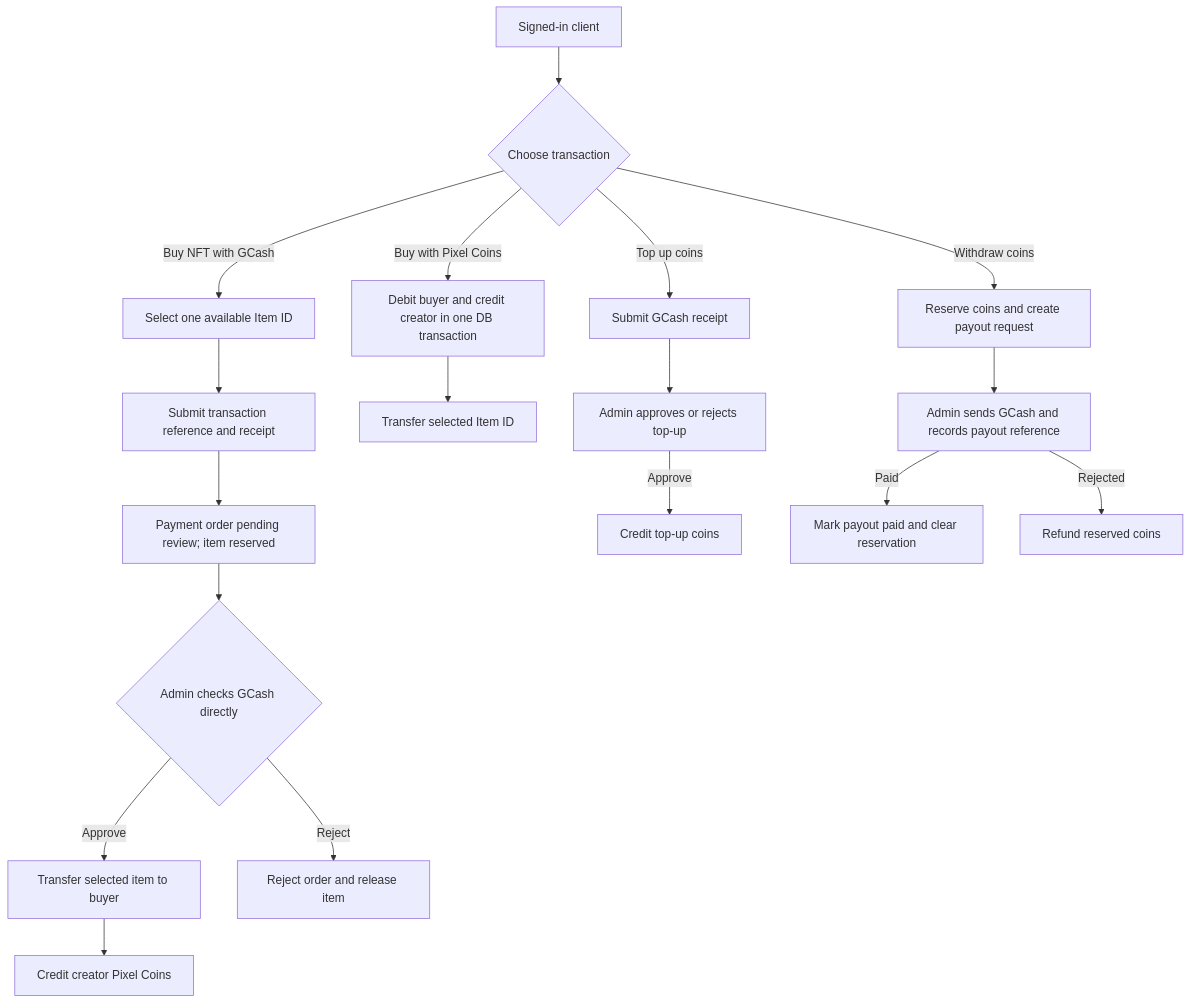
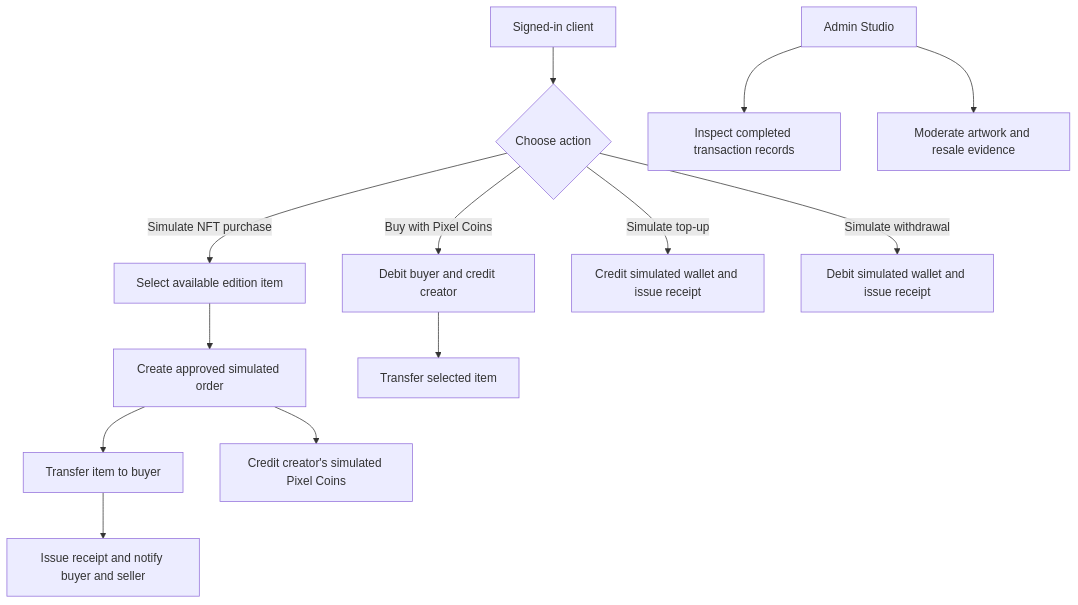
Before and after one commit to edreendorado-max/pixelmoree: the third of 4 diagrams in docs/PROJECT_DIAGRAMS.md, drawn with Mermaid. The commit also changed other lines of this file and 33 other files, not shown here.

````diff
--- a/docs/PROJECT_DIAGRAMS.md
+++ b/docs/PROJECT_DIAGRAMS.md
@@ -36,20 +36,15 @@
 ```mermaid
 flowchart TD
-    Client[Signed-in client] --> Choice{Choose transaction}
-    Choice -->|Buy NFT with GCash| Checkout[Select one available Item ID]
-    Checkout --> Proof[Submit transaction reference and receipt]
-    Proof --> Pending[Payment order pending review; item reserved]
-    Pending --> Review{Admin checks GCash directly}
-    Review -->|Approve| Transfer[Transfer selected item to buyer]
-    Transfer --> Credit[Credit creator Pixel Coins]
-    Review -->|Reject| Release[Reject order and release item]
-    Choice -->|Buy with Pixel Coins| CoinBuy[Debit buyer and credit creator in one DB transaction]
-    CoinBuy --> CoinTransfer[Transfer selected Item ID]
-    Choice -->|Top up coins| Topup[Submit GCash receipt]
-    Topup --> TopupReview[Admin approves or rejects top-up]
-    TopupReview -->|Approve| CoinCredit[Credit top-up coins]
-    Choice -->|Withdraw coins| Withdraw[Reserve coins and create payout request]
-    Withdraw --> Payout[Admin sends GCash and records payout reference]
-    Payout -->|Paid| Close[Mark payout paid and clear reservation]
-    Payout -->|Rejected| Refund[Refund reserved coins]
+    Client[Signed-in client] --> Choice{Choose action}
+    Choice -->|Simulate NFT purchase| Checkout[Select available edition item]
+    Checkout --> Order[Create approved simulated order]
+    Order --> Transfer[Transfer item to buyer]
+    Transfer --> Receipt[Issue receipt and notify buyer and seller]
+    Order --> Credit[Credit creator's simulated Pixel Coins]
+    Choice -->|Buy with Pixel Coins| CoinBuy[Debit buyer and credit creator]
+    CoinBuy --> CoinTransfer[Transfer selected item]
+    Choice -->|Simulate top-up| Topup[Credit simulated wallet and issue receipt]
+    Choice -->|Simulate withdrawal| Withdraw[Debit simulated wallet and issue receipt]
+    Admin[Admin Studio] --> Records[Inspect completed transaction records]
+    Admin --> Review[Moderate artwork and resale evidence]
 ```
````
